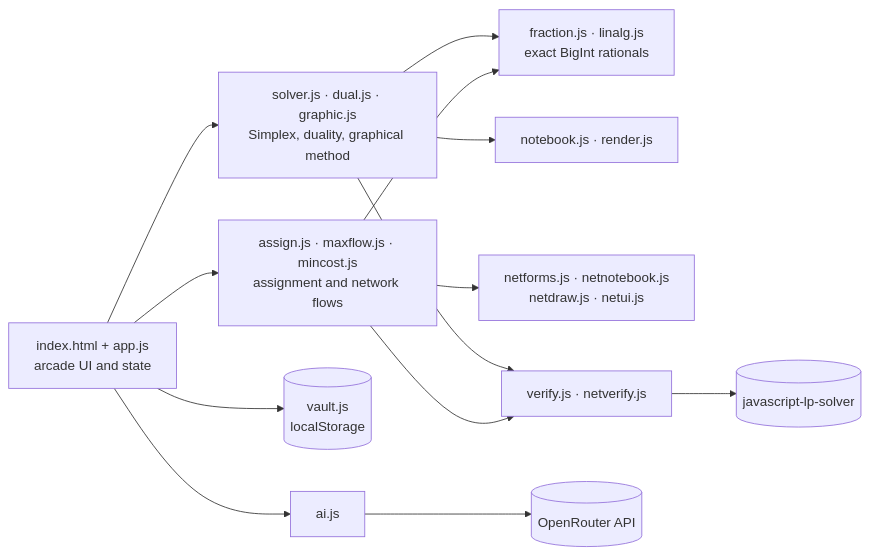
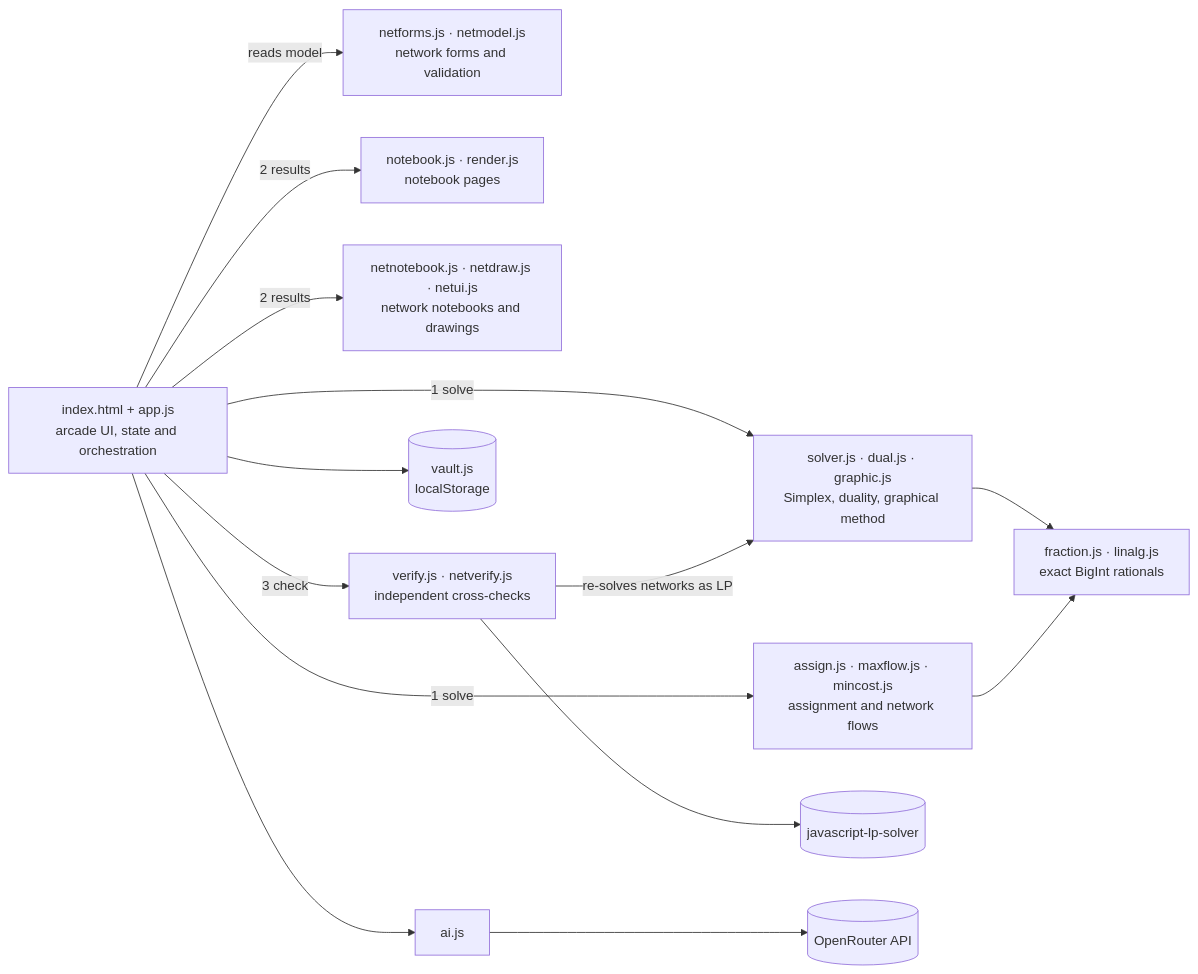
Before and after one commit to waldooCreator/CLC: the diagram in README.md, drawn with Mermaid. The commit also changed other lines of this file and 1 other file, not shown here.

Commit message:
docs: polished bilingual README with pixel-art header (review fixes)

````diff
--- a/README.md
+++ b/README.md
@@ -72,22 +73,29 @@
 ```mermaid
 flowchart LR
-  UI["index.html + app.js<br/>arcade UI and state"]
+  UI["index.html + app.js<br/>arcade UI, state and orchestration"]
+  FORMS["netforms.js · netmodel.js<br/>network forms and validation"]
   LP["solver.js · dual.js · graphic.js<br/>Simplex, duality, graphical method"]
   NET["assign.js · maxflow.js · mincost.js<br/>assignment and network flows"]
   CORE["fraction.js · linalg.js<br/>exact BigInt rationals"]
-  NB["notebook.js · render.js"]
-  NNB["netforms.js · netnotebook.js<br/>netdraw.js · netui.js"]
-  VER["verify.js · netverify.js"]
+  NB["notebook.js · render.js<br/>notebook pages"]
+  NNB["netnotebook.js · netdraw.js · netui.js<br/>network notebooks and drawings"]
+  VER["verify.js · netverify.js<br/>independent cross-checks"]
   LIB[("javascript-lp-solver")]
   VAULT[("vault.js<br/>localStorage")]
-  AI["ai.js"] --> OR[("OpenRouter API")]
+  AI["ai.js"]
+  OR[("OpenRouter API")]
 
-  UI --> LP & NET
-  LP & NET --> CORE
-  LP --> NB
-  NET --> NNB
-  LP & NET --> VER
+  UI -->|reads model| FORMS
+  UI -->|1 solve| LP
+  UI -->|1 solve| NET
+  UI -->|2 results| NB
+  UI -->|2 results| NNB
+  UI -->|3 check| VER
+  LP --> CORE
+  NET --> CORE
+  VER -->|re-solves networks as LP| LP
   VER --> LIB
   UI --> VAULT
   UI --> AI
+  AI --> OR
 ```
````
